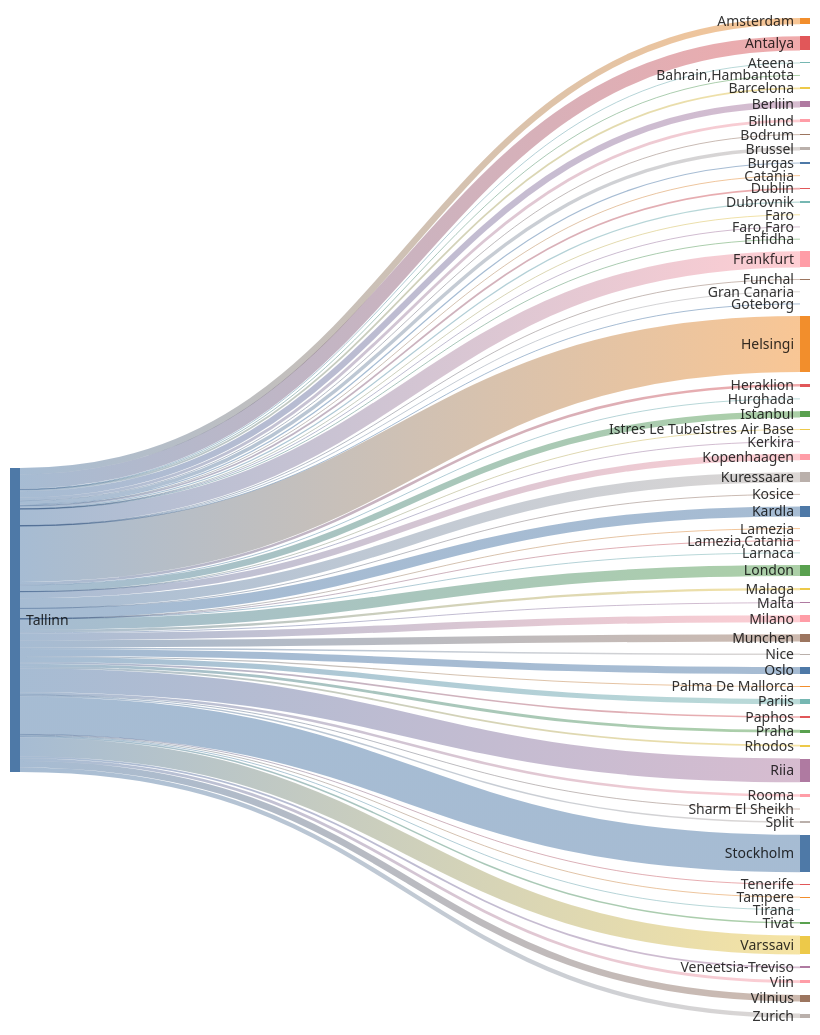
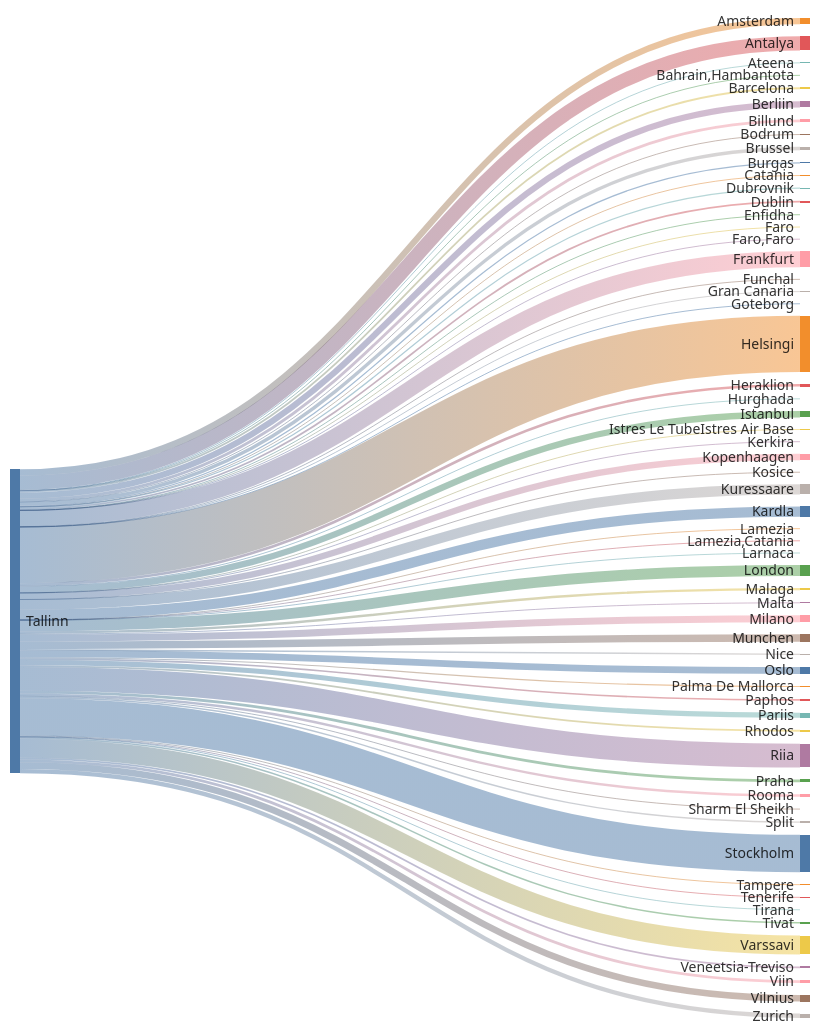
The second of 2 diagrams in README.md (rainermesi/tll-airport-departures), drawn with Mermaid before and after one commit. The commit also changed other lines of this file, not shown here.

````diff
--- a/README.md
+++ b/README.md
@@ -34,72 +34,72 @@
 ```mermaid
 ---
 config:
   sankey:
     showValues: false
     width: 800
     height: 1000
 ---
 sankey-beta
 %% source,target,value
-Tallinn,Amsterdam,109
+Tallinn,Amsterdam,110
 Tallinn,Antalya,245
 Tallinn,Ateena,16
 Tallinn,"Bahrain,Hambantota",1
-Tallinn,Barcelona,30
+Tallinn,Barcelona,31
 Tallinn,Berliin,108
 Tallinn,Billund,49
 Tallinn,Bodrum,11
 Tallinn,Brussel,59
 Tallinn,Burgas,21
 Tallinn,Catania,2
 Tallinn,Dublin,30
 Tallinn,Dubrovnik,21
 Tallinn,Enfidha,7
 Tallinn,Faro,4
 Tallinn,"Faro,Faro",1
-Tallinn,Frankfurt,276
+Tallinn,Frankfurt,278
 Tallinn,Funchal,4
 Tallinn,Gran Canaria,5
 Tallinn,Goteborg,1
-Tallinn,Helsingi,964
+Tallinn,Helsingi,973
 Tallinn,Heraklion,46
 Tallinn,Hurghada,10
-Tallinn,Istanbul,109
+Tallinn,Istanbul,110
 Tallinn,Istres Le TubeIstres Air Base,2
 Tallinn,Kerkira,4
-Tallinn,Kopenhaagen,110
+Tallinn,Kopenhaagen,111
 Tallinn,Kosice,1
-Tallinn,Kuressaare,175
-Tallinn,Kardla,175
+Tallinn,Kuressaare,177
+Tallinn,Kardla,177
 Tallinn,Lamezia,1
 Tallinn,"Lamezia,Catania",3
 Tallinn,Larnaca,4
-Tallinn,London,187
+Tallinn,London,189
 Tallinn,Malaga,41
 Tallinn,Malta,15
-Tallinn,Milano,121
-Tallinn,Munchen,127
+Tallinn,Milano,122
+Tallinn,Munchen,128
 Tallinn,Nice,25
 Tallinn,Oslo,119
 Tallinn,Palma De Mallorca,19
 Tallinn,Paphos,29
 Tallinn,Pariis,89
 Tallinn,Praha,49
 Tallinn,Rhodos,32
-Tallinn,Riia,409
+Tallinn,Riia,413
 Tallinn,Rooma,42
-Tallinn,Sharm El Sheikh,11
+Tallinn,Sharm El Sheikh,12
 Tallinn,Split,25
-Tallinn,Stockholm,645
+Tallinn,Stockholm,647
 Tallinn,Tampere,17
 Tallinn,Tenerife,7
 Tallinn,Tirana,8
 Tallinn,Tivat,26
-Tallinn,Varssavi,326
+Tallinn,Varssavi,329
 Tallinn,Veneetsia-Treviso,30
 Tallinn,Viin,48
-Tallinn,Vilnius,113
+Tallinn,Vilnius,115
 Tallinn,Zurich,75
 
 
 ```
````
